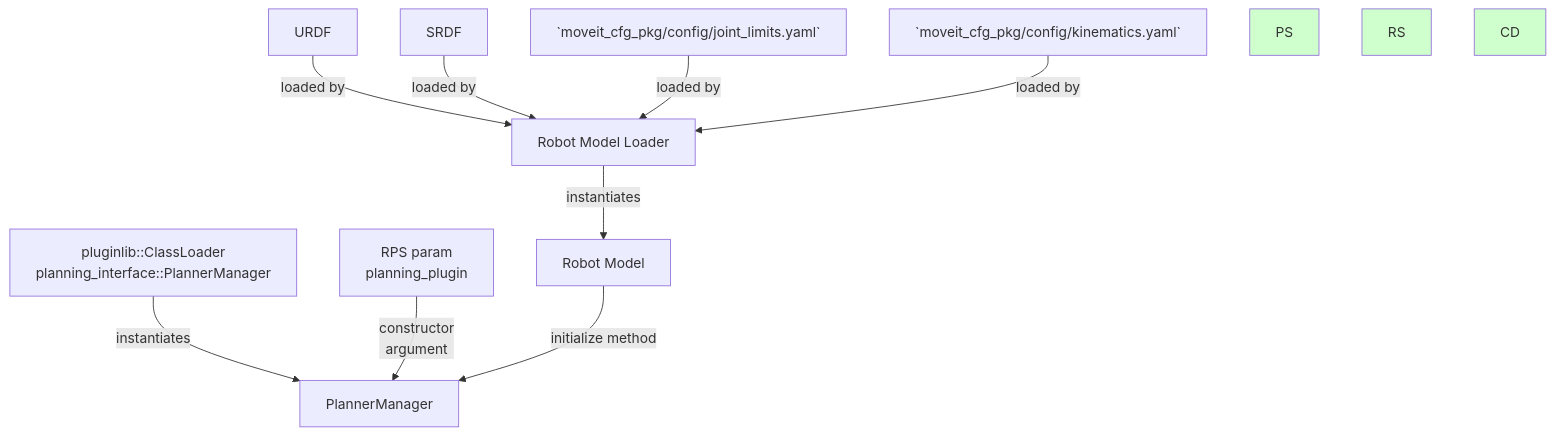
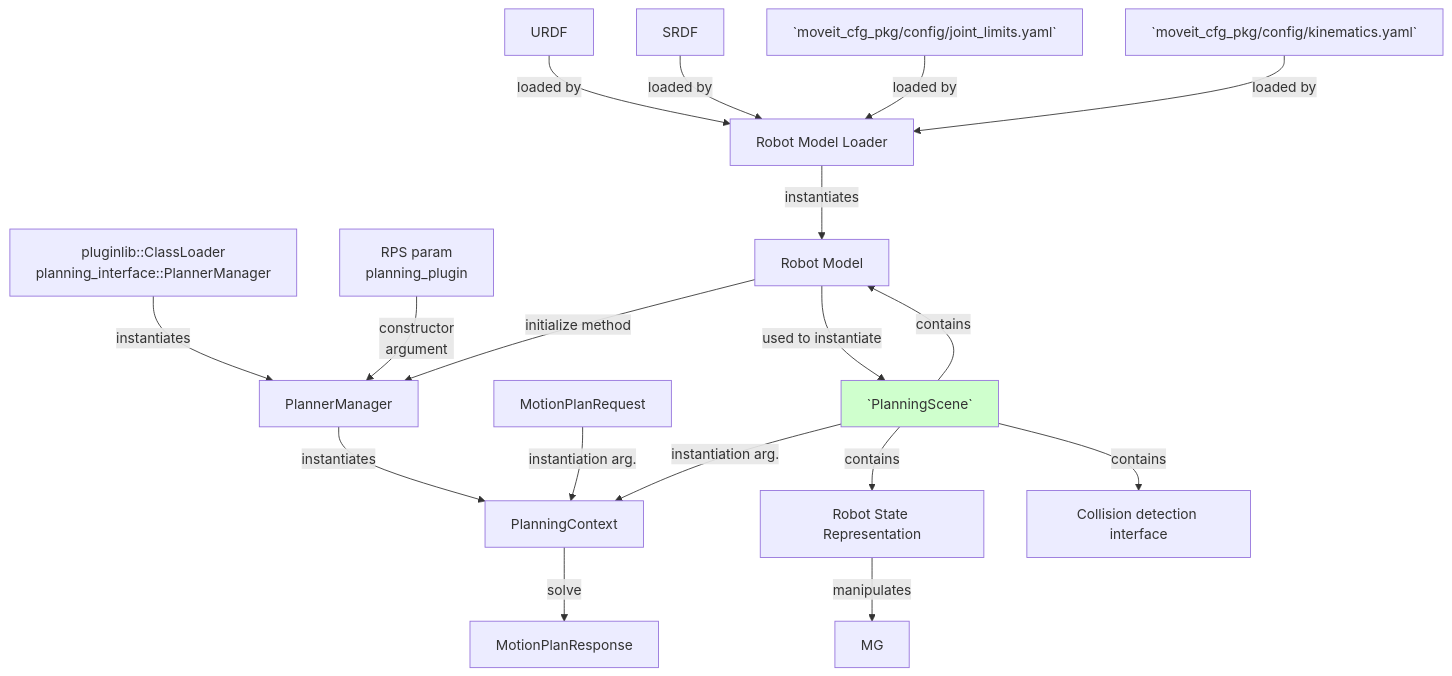
Before and after one commit to rafaelrojasmiliani/moveit_tutorial: the diagram in 03_planning_contex_and_planner_manger/readme.md, drawn with Mermaid. The commit also changed 1 other file, not shown here.

````diff
--- a/03_planning_contex_and_planner_manger/readme.md
+++ b/03_planning_contex_and_planner_manger/readme.md
@@ -31,14 +31,21 @@
 ```mermaid
 graph TD;
     URDF -- loaded by --> RML[Robot Model Loader];
     SRDF -- loaded by --> RML;
     J[`moveit_cfg_pkg/config/joint_limits.yaml`] -- loaded by --> RML;
     K[`moveit_cfg_pkg/config/kinematics.yaml`] -- loaded by --> RML;
     RML -- instantiates --> RM[Robot Model];
     MPP[pluginlib::ClassLoader<br/>planning_interface::PlannerManager] -- instantiates --> PM[PlannerManager];
     PPP[RPS param <br/>planning_plugin] -- constructor<br/>argument --> PM;
     RM -- initialize method --> PM;
+    PM -- instantiates --> PC[PlanningContext];
+    MPR[MotionPlanRequest] -- instantiation arg. --> PC;
+    PS -- instantiation arg. --> PC;
+    PC -- solve --> MPRES[MotionPlanResponse];
+    PS[`PlanningScene`] -- contains --> RM;
+    RM -- used to instantiate --> PS;
+    PS -- contains --> RS[Robot State Representation];
+    PS -- contains --> CD[Collision detection interface];
+    RS -- manipulates --> MG;
     style PS fill:#CFFFCD;
-    style RS fill:#CFFFCD;
-    style CD fill:#CFFFCD;
 ```
````
